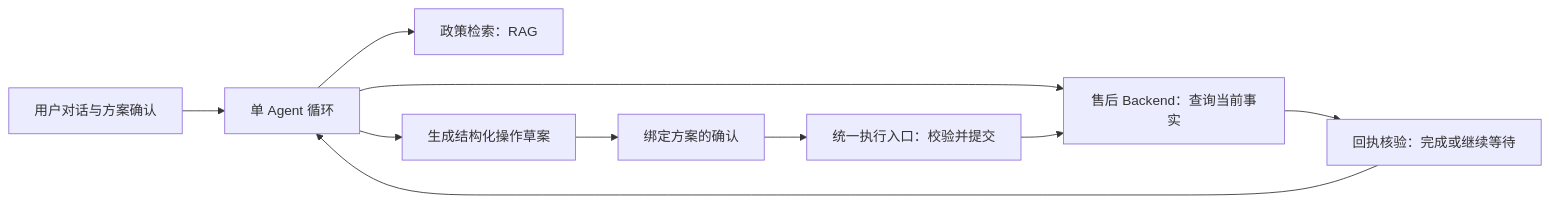
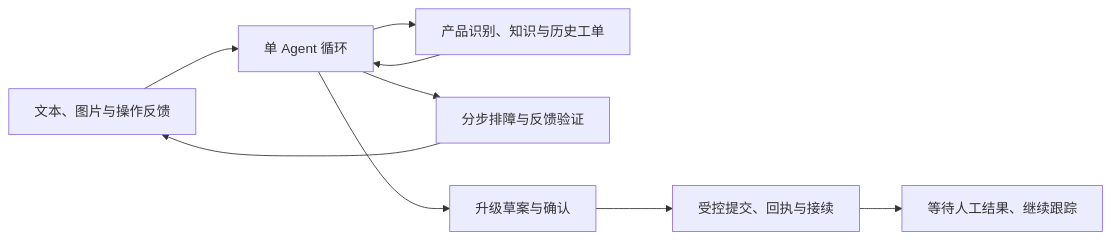
Before and after one commit to prossiblezero/Kefu_agent: the diagram in 客服AgentHarness项目方案.md, drawn with Mermaid. The commit also changed other lines of this file and 6 other files, not shown here.

````diff
--- a/客服AgentHarness项目方案.md
+++ b/客服AgentHarness项目方案.md
@@ -43,12 +51,11 @@
 ```mermaid
 flowchart LR
-    U[用户对话与方案确认] --> A[单 Agent 循环]
-    A --> R[政策检索：RAG]
-    A --> B[售后 Backend：查询当前事实]
-    A --> P[生成结构化操作草案]
-    P --> C[绑定方案的确认]
-    C --> E[统一执行入口：校验并提交]
-    E --> B
-    B --> V[回执核验：完成或继续等待]
-    V --> A
+    U[文本、图片与操作反馈] --> A[单 Agent 循环]
+    A --> R[产品识别、知识与历史工单]
+    R --> A
+    A --> G[分步排障与反馈验证]
+    G --> U
+    A --> P[升级草案与确认]
+    P --> E[受控提交、回执与接续]
+    E --> H[等待人工结果、继续跟踪]
 ```
````
